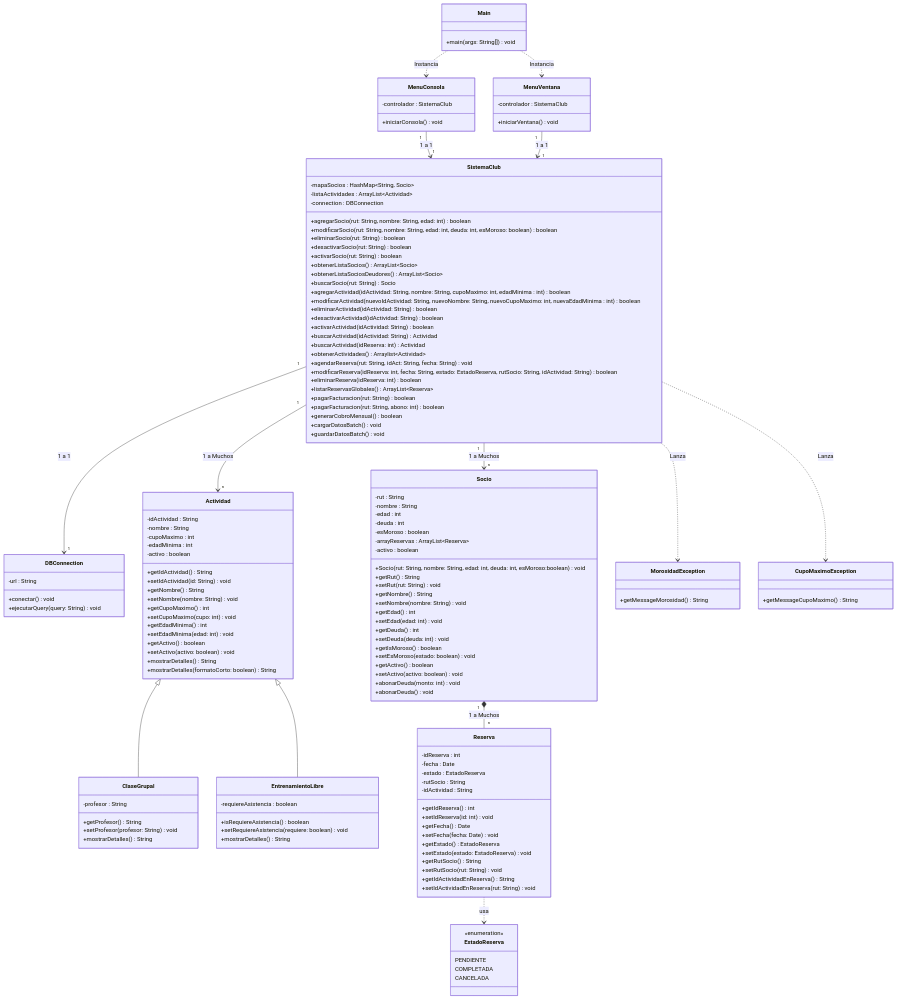
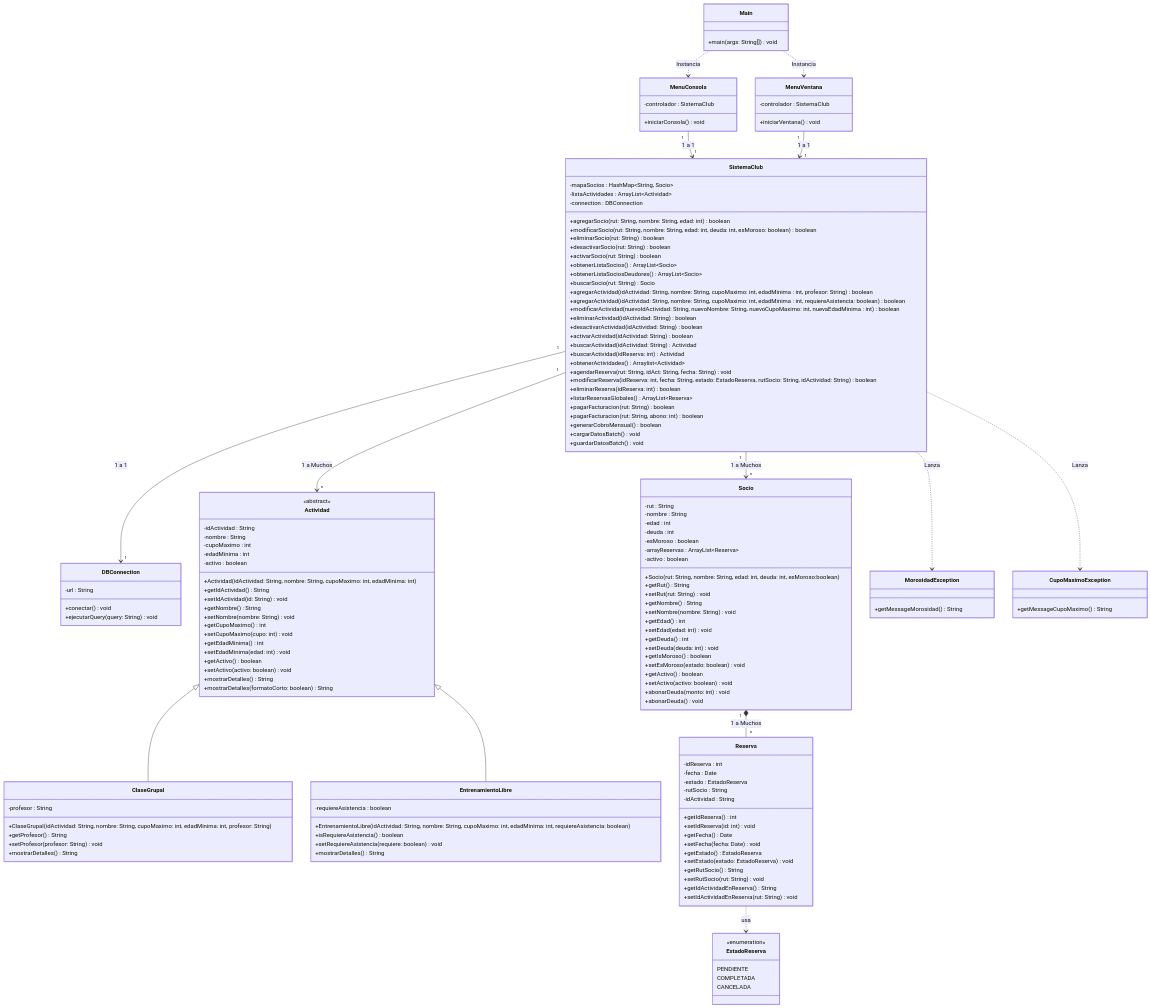
The diagram in planificacion/Diagrama de Clases UML.md (L3v1smpr/ProyectoProgramacionAvanzadaUno), drawn with Mermaid before and after one commit.

Commit message:
Actualización UML:
- Implementacion de etiqueta de abstraccion en Actividad
- Corrección de constructores y declaración de constructor para actividad aplicada a la herencia (ClaseGrupal y EntrenamientoLibre)
- Ajuste de pequeños detalles UML

```diff
--- a/planificacion/Diagrama de Clases UML.md
+++ b/planificacion/Diagrama de Clases UML.md
@@ -29,7 +29,8 @@
 	   +obtenerListaSocios() ArrayList~Socio~
 	   +obtenerListaSociosDeudores() ArrayList~Socio~
 	   +buscarSocio(rut: String) Socio
-        +agregarActividad(idActividad: String, nombre: String, cupoMaximo: int, edadMinima : int) boolean
+        +agregarActividad(idActividad: String, nombre: String, cupoMaximo: int, edadMinima : int, profesor: String) boolean
+        +agregarActividad(idActividad: String, nombre: String, cupoMaximo: int, edadMinima : int, requiereAsistencia: boolean) boolean
         +modificarActividad(nuevoIdActividad: String, nuevoNombre: String, nuevoCupoMaximo: int, nuevaEdadMinima : int) boolean
         +eliminarActividad(idActividad: String) boolean
         +desactivarActividad(idActividad: String) boolean
@@ -58,11 +59,13 @@
     %% CAPA MODELO (Con Getters, Setters y Métodos de Negocio)
     %% ==========================================
     class Actividad {
+    		<<abstract>>
         -idActividad : String
         -nombre : String
         -cupoMaximo : int
         -edadMinima : int
         -activo : boolean
+        +Actividad(idActividad: String, nombre: String, cupoMaximo: int, edadMinima: int)
         +getIdActividad() String
         +setIdActividad(id: String) void
         +getNombre() String
@@ -79,6 +82,7 @@
     
     class ClaseGrupal {
         -profesor : String
+        +ClaseGrupal(idActividad: String, nombre: String, cupoMaximo: int, edadMinima: int, profesor: String)
         +getProfesor() String
         +setProfesor(profesor: String) void
         +mostrarDetalles() String
@@ -86,6 +90,7 @@
     
     class EntrenamientoLibre {
         -requiereAsistencia : boolean
+        +EntrenamientoLibre(idActividad: String, nombre: String, cupoMaximo: int, edadMinima: int, requiereAsistencia: boolean)
         +isRequiereAsistencia() boolean
         +setRequiereAsistencia(requiere: boolean) void
         +mostrarDetalles() String
@@ -99,7 +104,7 @@
         -esMoroso : boolean
         -arrayReservas : ArrayList~Reserva~
         -activo : boolean
-        +Socio(rut: String, nombre: String, edad: int, deuda: int, esMoroso:boolean) void
+        +Socio(rut: String, nombre: String, edad: int, deuda: int, esMoroso:boolean)
         +getRut() String
         +setRut(rut: String) void
         +getNombre() String
```
